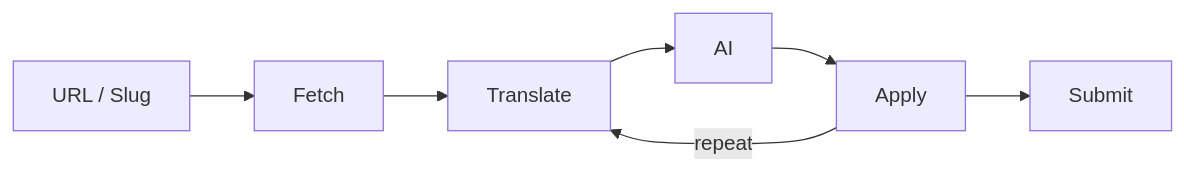
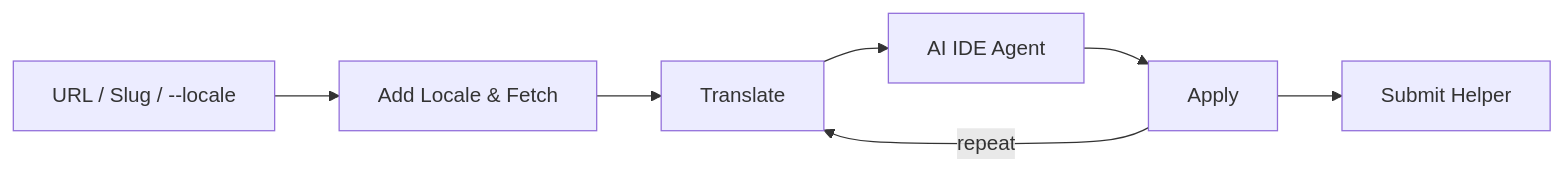
Before and after one commit to ajithrn/wp-translate-ai: the second of 3 diagrams in docs/ARCHITECTURE.md, drawn with Mermaid. The commit also changed other lines of this file and 19 other files, not shown here.

First line of the commit message:
feat(architecture): migrate toolkit to universal multi-locale architecture

````diff
--- a/docs/ARCHITECTURE.md
+++ b/docs/ARCHITECTURE.md
@@ -33,9 +41,9 @@
 ```mermaid
 flowchart LR
-    A["URL / Slug"] --> B["Fetch"]
+    A["URL / Slug / --locale"] --> B["Add Locale & Fetch"]
     B --> C["Translate"]
-    C --> D["AI"]
+    C --> D["AI IDE Agent"]
     D --> E["Apply"]
     E -->|"repeat"| C
-    E --> F["Submit"]
+    E --> F["Submit Helper"]
 ```
````
